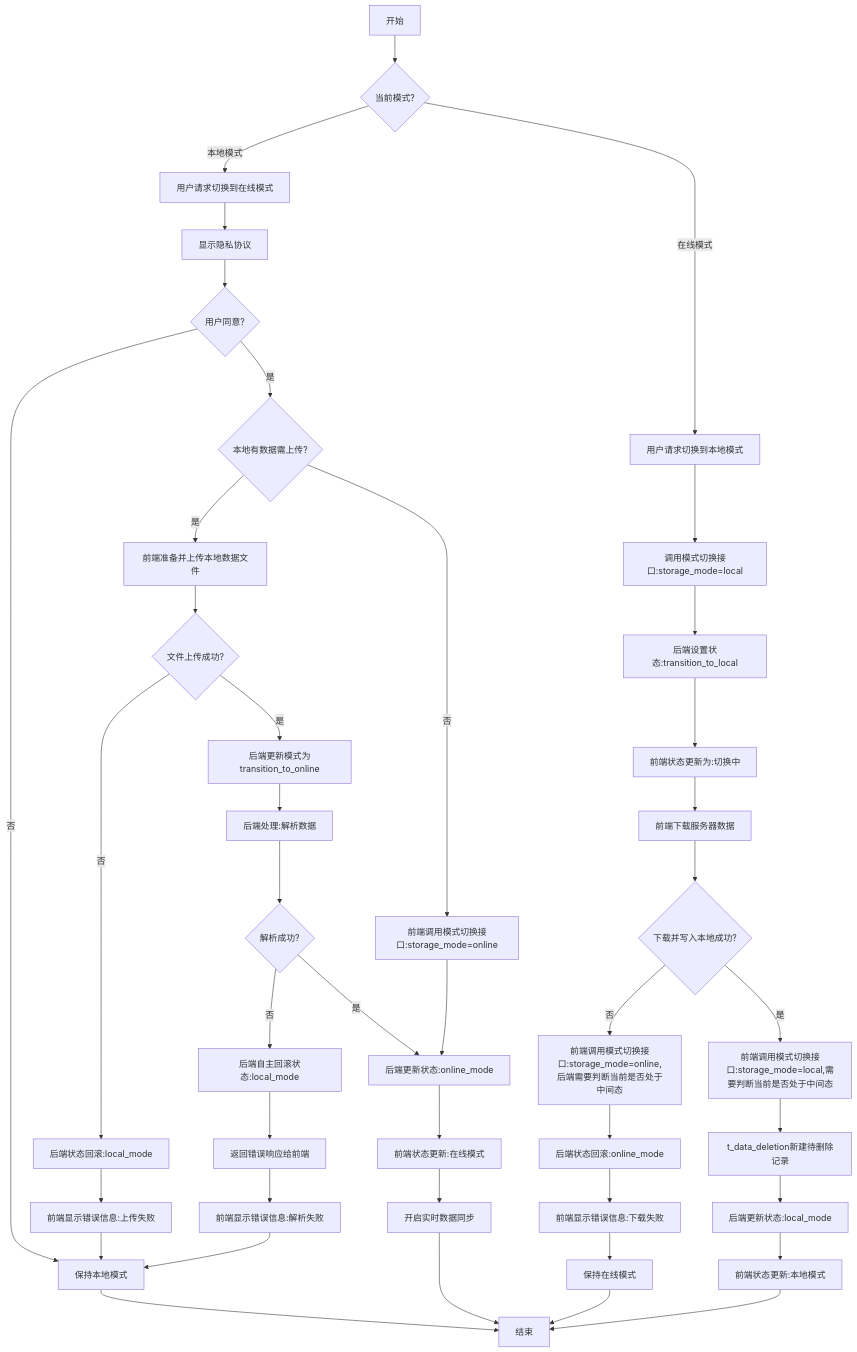
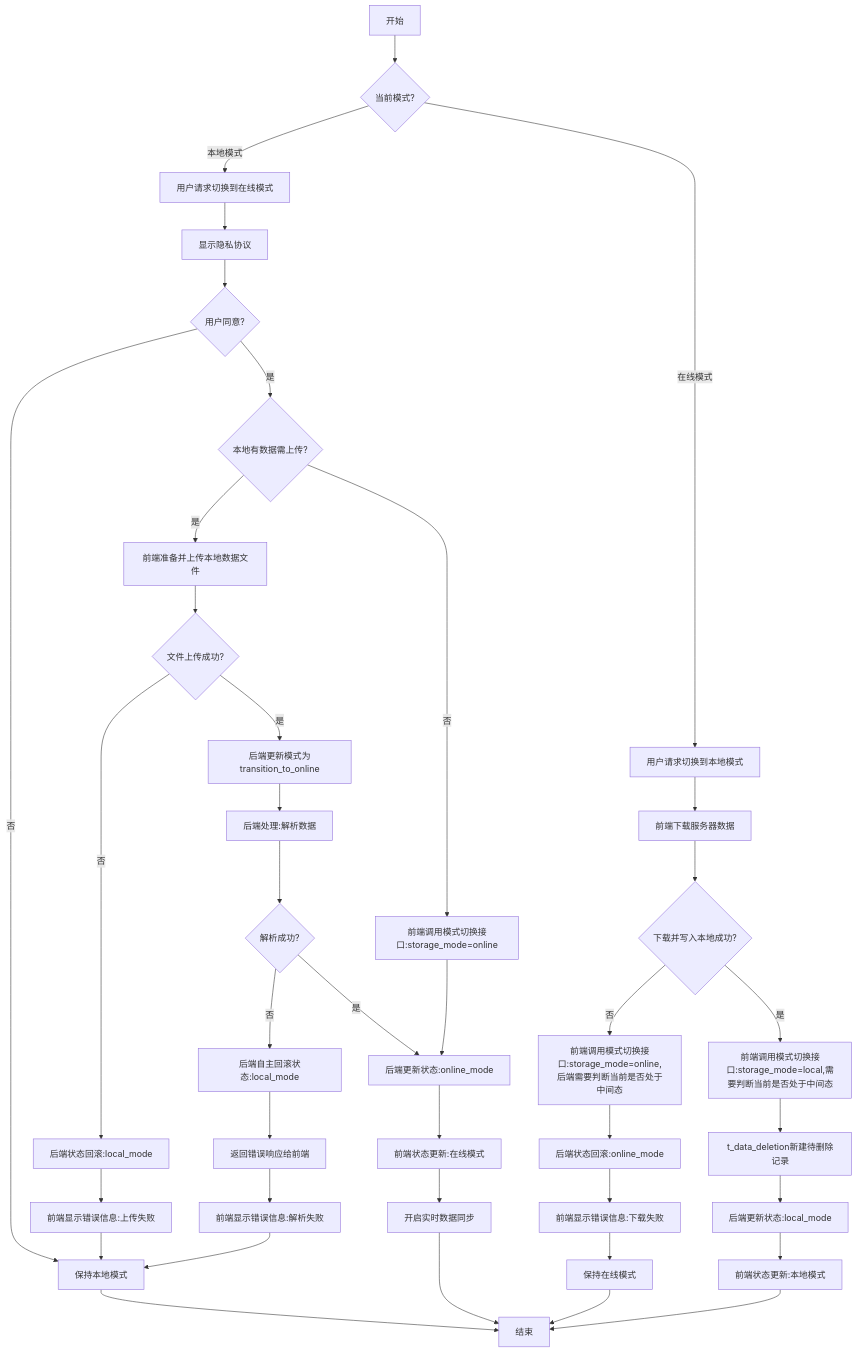
One commit to yingjianzh/iodraw-files changed the diagram in all/未命名-68.md. Above: the diagram before and after it, drawn with Mermaid.

Commit message:
2025-06-04 10:06:05 update

````diff
--- a/all/未命名-68.md
+++ b/all/未命名-68.md
@@ -1,67 +1,63 @@
 ```mermaid
 
 flowchart TD
     A[开始] --> B{当前模式?}
     
     %% 本地模式转在线模式
     B -->|本地模式| C[用户请求切换到在线模式]
     C --> D[显示隐私协议]
     D --> E{用户同意?}
 
 
     E -->|否| F[保持本地模式]
     F --> Z[结束]
     
     E -->|是| J{本地有数据需上传?}
     
     %% 有本地数据需上传的情况
     J -->|是| K[前端准备并上传本地数据文件]
     K --> L{文件上传成功?}
     
     %% 上传失败的情况
     L -->|否| N[后端状态回滚:local_mode]
     N --> O[前端显示错误信息:上传失败]
     O --> F
     
     %% 上传成功但解析失败的情况
     L -->|是| G[后端更新模式为transition_to_online]
     G --> P[后端处理:解析数据]
     P --> Q{解析成功?}
     Q -->|否| R[后端自主回滚状态:local_mode]
     R --> S[返回错误响应给前端]
     S --> T[前端显示错误信息:解析失败]
     T --> F
     
     %% 全部成功的情况
     Q -->|是| U[后端更新状态:online_mode]
     J -->|否| V[前端调用模式切换接口:storage_mode=online]
     V --> U
     
     U --> W[前端状态更新:在线模式]
     W --> X[开启实时数据同步]
     X --> Z
     
     %% 在线模式转本地模式
     B -->|在线模式| AA[用户请求切换到本地模式]
-    AA --> AB[调用模式切换接口:storage_mode=local]
-    AB --> AC[后端设置状态:transition_to_local]
-    AC --> AD[前端状态更新为:切换中]
-    
-    AD --> AE[前端下载服务器数据]
+    AA -->  AE[前端下载服务器数据]
     AE --> AF{下载并写入本地成功?}
     
     %% 下载失败的情况
     AF -->|否| AG[前端调用模式切换接口:storage_mode=online,后端需要判断当前是否处于中间态]
     AG --> AH[后端状态回滚:online_mode]
     AH --> AI[前端显示错误信息:下载失败]
     AI --> AJ[保持在线模式]
     AJ --> Z
     
     %% 下载成功的情况
     AF -->|是| AK[前端调用模式切换接口:storage_mode=local,需要判断当前是否处于中间态]
     AK --> AL[t_data_deletion新建待删除记录]
     AL --> AM[后端更新状态:local_mode]
     AM --> AN[前端状态更新:本地模式]
     AN --> Z
 
 ```
````
